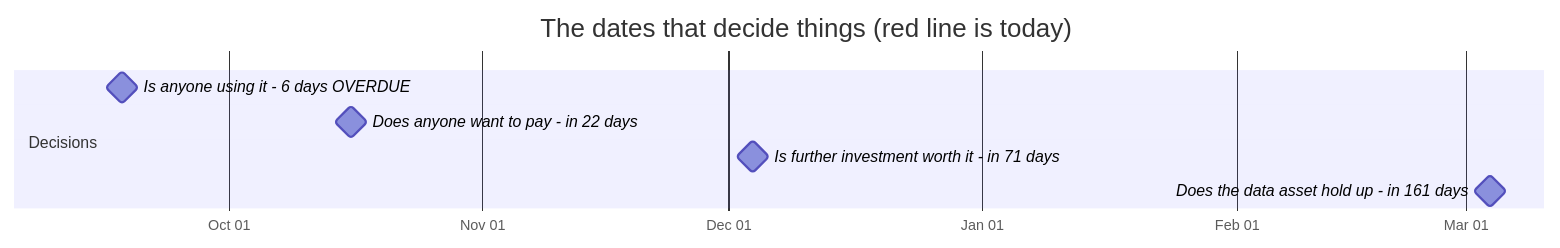
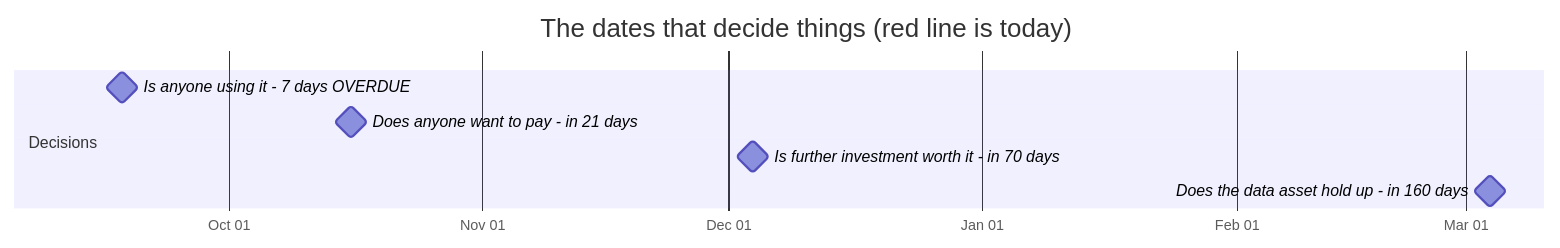
One commit to jakegu1/vetagent changed the first of 2 diagrams in docs/OWNER.md. Above: the diagram before and after it, drawn with Mermaid. The commit also changed other lines of this file and 1 other file, not shown here.

````diff
--- a/docs/OWNER.md
+++ b/docs/OWNER.md
@@ -75,12 +75,12 @@
 ```mermaid
 gantt
     dateFormat YYYY-MM-DD
     axisFormat %b %d
     todayMarker stroke-width:3px,stroke:#d33,stroke-dasharray:0
     title The dates that decide things (red line is today)
     section Decisions
-    Is anyone using it - 6 days OVERDUE :milestone, 2026-09-18, 0d
-    Does anyone want to pay - in 22 days :milestone, 2026-10-16, 0d
-    Is further investment worth it - in 71 days :milestone, 2026-12-04, 0d
-    Does the data asset hold up - in 161 days :milestone, 2027-03-04, 0d
+    Is anyone using it - 7 days OVERDUE :milestone, 2026-09-18, 0d
+    Does anyone want to pay - in 21 days :milestone, 2026-10-16, 0d
+    Is further investment worth it - in 70 days :milestone, 2026-12-04, 0d
+    Does the data asset hold up - in 160 days :milestone, 2027-03-04, 0d
 ```
````
